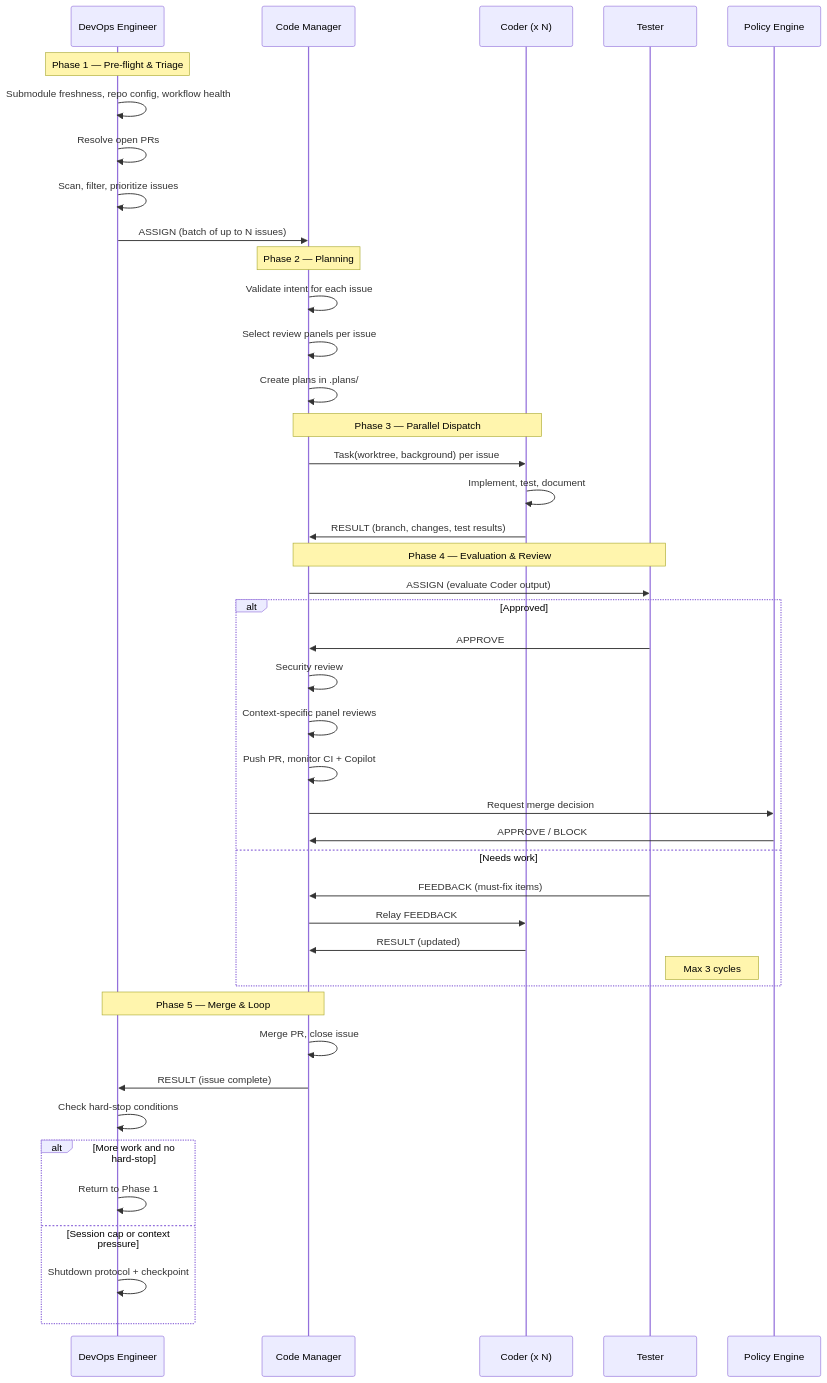
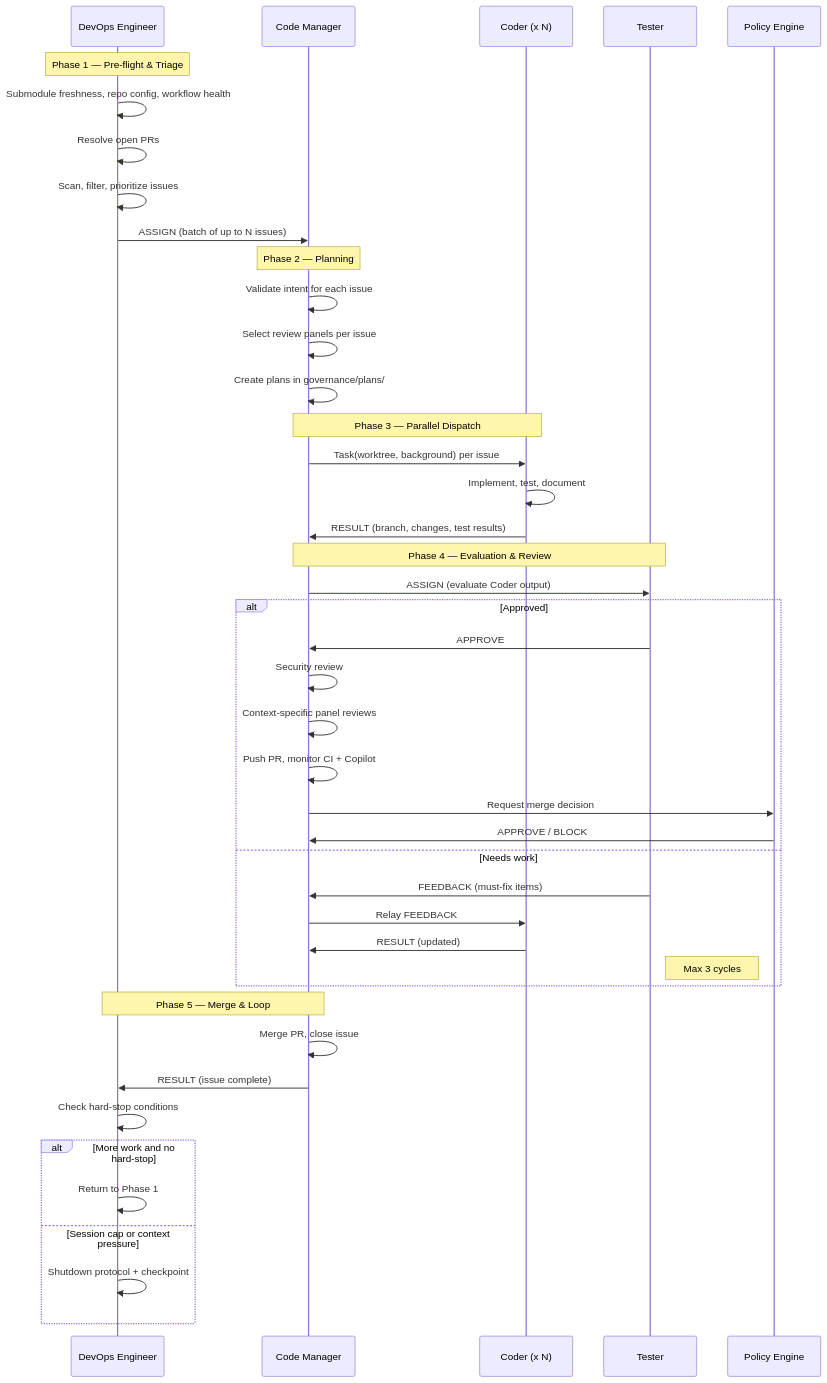
One commit to convergent-systems-co/dark-factory-governance changed the fourth of 4 diagrams in docs/architecture/agent-architecture.md. Above: the diagram before and after it, drawn with Mermaid. The commit also changed other lines of this file and 138 other files, not shown here.

First line of the commit message:
refactor: move .plans/ and .checkpoints/ under governance/ (#316) (#324)

````diff
--- a/docs/architecture/agent-architecture.md
+++ b/docs/architecture/agent-architecture.md
@@ -335,50 +335,50 @@
 ```mermaid
 sequenceDiagram
     participant DE as DevOps Engineer
     participant CM as Code Manager
     participant CO as Coder (x N)
     participant TE as Tester
     participant PE as Policy Engine
 
     Note over DE: Phase 1 — Pre-flight & Triage
     DE->>DE: Submodule freshness, repo config, workflow health
     DE->>DE: Resolve open PRs
     DE->>DE: Scan, filter, prioritize issues
     DE->>CM: ASSIGN (batch of up to N issues)
 
     Note over CM: Phase 2 — Planning
     CM->>CM: Validate intent for each issue
     CM->>CM: Select review panels per issue
-    CM->>CM: Create plans in .plans/
+    CM->>CM: Create plans in governance/plans/
 
     Note over CM,CO: Phase 3 — Parallel Dispatch
     CM->>CO: Task(worktree, background) per issue
     CO->>CO: Implement, test, document
     CO->>CM: RESULT (branch, changes, test results)
 
     Note over CM,TE: Phase 4 — Evaluation & Review
     CM->>TE: ASSIGN (evaluate Coder output)
     alt Approved
         TE->>CM: APPROVE
         CM->>CM: Security review
         CM->>CM: Context-specific panel reviews
         CM->>CM: Push PR, monitor CI + Copilot
         CM->>PE: Request merge decision
         PE->>CM: APPROVE / BLOCK
     else Needs work
         TE->>CM: FEEDBACK (must-fix items)
         CM->>CO: Relay FEEDBACK
         CO->>CM: RESULT (updated)
         Note right of TE: Max 3 cycles
     end
 
     Note over CM,DE: Phase 5 — Merge & Loop
     CM->>CM: Merge PR, close issue
     CM->>DE: RESULT (issue complete)
     DE->>DE: Check hard-stop conditions
     alt More work and no hard-stop
         DE->>DE: Return to Phase 1
     else Session cap or context pressure
         DE->>DE: Shutdown protocol + checkpoint
     end
 ```
````
